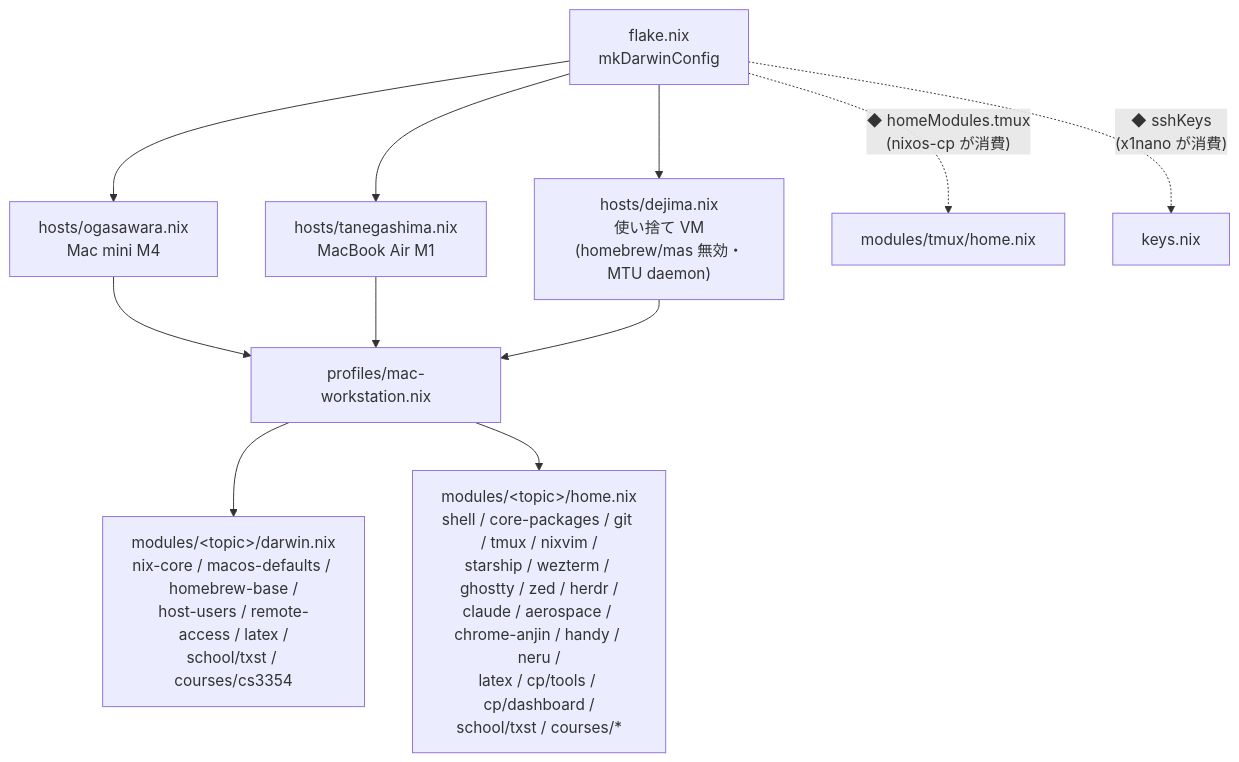
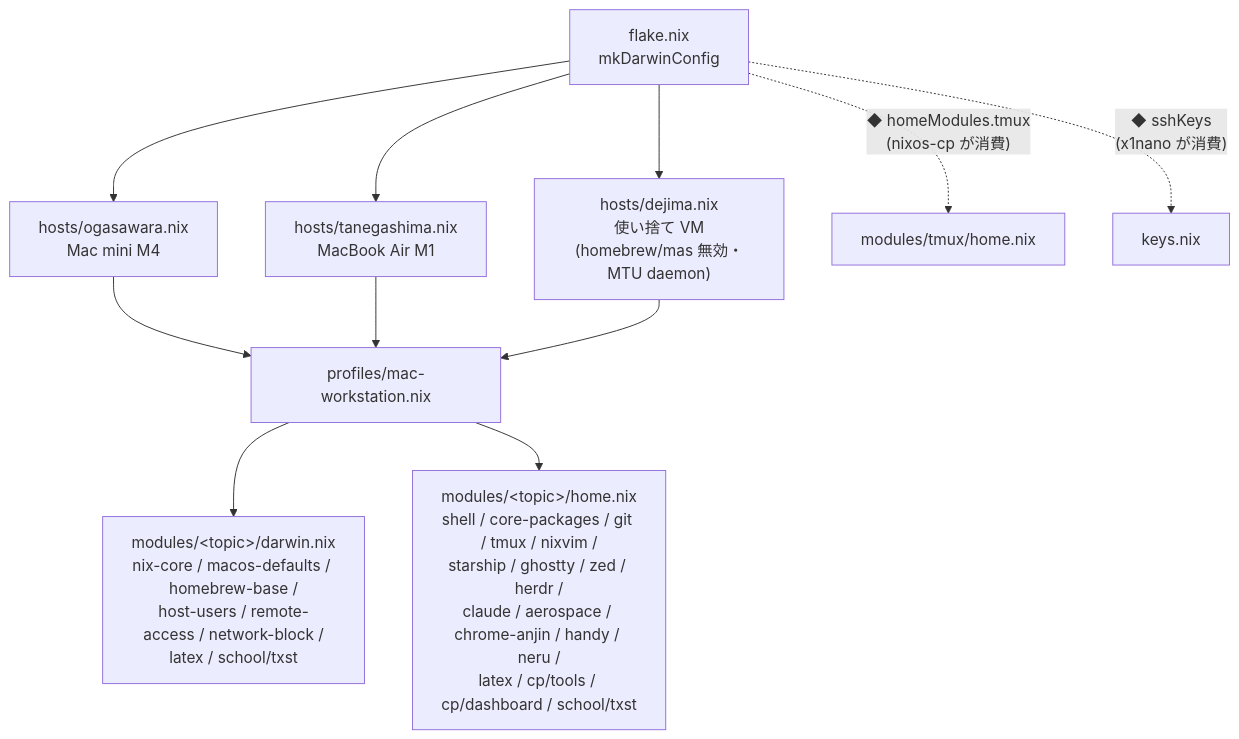
One commit to MeJamoLeo/nix-darwin-conf changed the first of 2 diagrams in README.md. Above: the diagram before and after it, drawn with Mermaid. The commit also changed 8 other files, not shown here.

First line of the commit message:
chore: 春学期 courses と wezterm を退役、network-block を復帰

````diff
--- a/README.md
+++ b/README.md
@@ -24,16 +24,16 @@
 ```mermaid
 graph TD
     flake["flake.nix<br/>mkDarwinConfig"] --> ogasawara["hosts/ogasawara.nix<br/>Mac mini M4"]
     flake --> tanegashima["hosts/tanegashima.nix<br/>MacBook Air M1"]
     flake --> dejima["hosts/dejima.nix<br/>使い捨て VM<br/>(homebrew/mas 無効・MTU daemon)"]
 
     ogasawara --> profile["profiles/mac-workstation.nix"]
     tanegashima --> profile
     dejima --> profile
 
-    profile --> sys["modules/&lt;topic&gt;/darwin.nix<br/>nix-core / macos-defaults / homebrew-base /<br/>host-users / remote-access / latex /<br/>school/txst / courses/cs3354"]
-    profile --> usr["modules/&lt;topic&gt;/home.nix<br/>shell / core-packages / git / tmux / nixvim /<br/>starship / wezterm / ghostty / zed / herdr /<br/>claude / aerospace / chrome-anjin / handy / neru /<br/>latex / cp/tools / cp/dashboard /<br/>school/txst / courses/*"]
+    profile --> sys["modules/&lt;topic&gt;/darwin.nix<br/>nix-core / macos-defaults / homebrew-base /<br/>host-users / remote-access / network-block /<br/>latex / school/txst"]
+    profile --> usr["modules/&lt;topic&gt;/home.nix<br/>shell / core-packages / git / tmux / nixvim /<br/>starship / ghostty / zed / herdr /<br/>claude / aerospace / chrome-anjin / handy / neru /<br/>latex / cp/tools / cp/dashboard / school/txst"]
 
     flake -. "◆ homeModules.tmux<br/>(nixos-cp が消費)" .-> tmux["modules/tmux/home.nix"]
     flake -. "◆ sshKeys<br/>(x1nano が消費)" .-> keys["keys.nix"]
 ```
````
